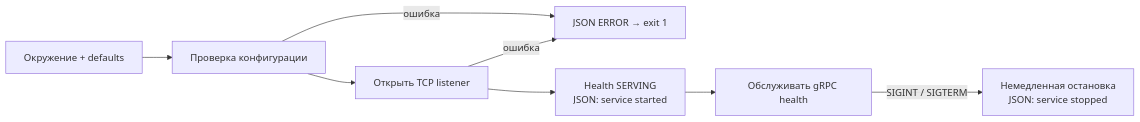
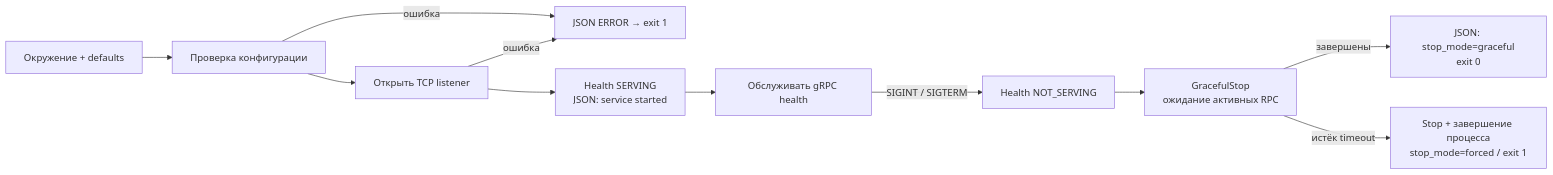
Before and after one commit to Includeoyasi/faultline-lab: the diagram in docs/development/SERVICE_RUNTIME.md, drawn with Mermaid. The commit also changed other lines of this file and 31 other files, not shown here.

````diff
--- a/docs/development/SERVICE_RUNTIME.md
+++ b/docs/development/SERVICE_RUNTIME.md
@@ -9,10 +9,13 @@
 ```mermaid
 flowchart LR
     Env["Окружение + defaults"] --> Validate["Проверка конфигурации"]
     Validate -->|ошибка| Error["JSON ERROR → exit 1"]
     Validate --> Bind["Открыть TCP listener"]
     Bind -->|ошибка| Error
     Bind --> Ready["Health SERVING<br/>JSON: service started"]
     Ready --> Serve["Обслуживать gRPC health"]
-    Serve -->|SIGINT / SIGTERM| Stop["Немедленная остановка<br/>JSON: service stopped"]
+    Serve -->|SIGINT / SIGTERM| Unready["Health NOT_SERVING"]
+    Unready --> Drain["GracefulStop<br/>ожидание активных RPC"]
+    Drain -->|завершены| Stop["JSON: stop_mode=graceful<br/>exit 0"]
+    Drain -->|истёк timeout| Force["Stop + завершение процесса<br/>stop_mode=forced / exit 1"]
 ```
````
